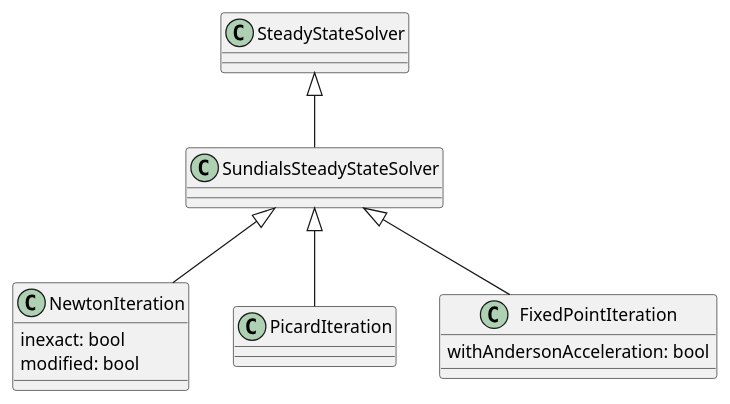
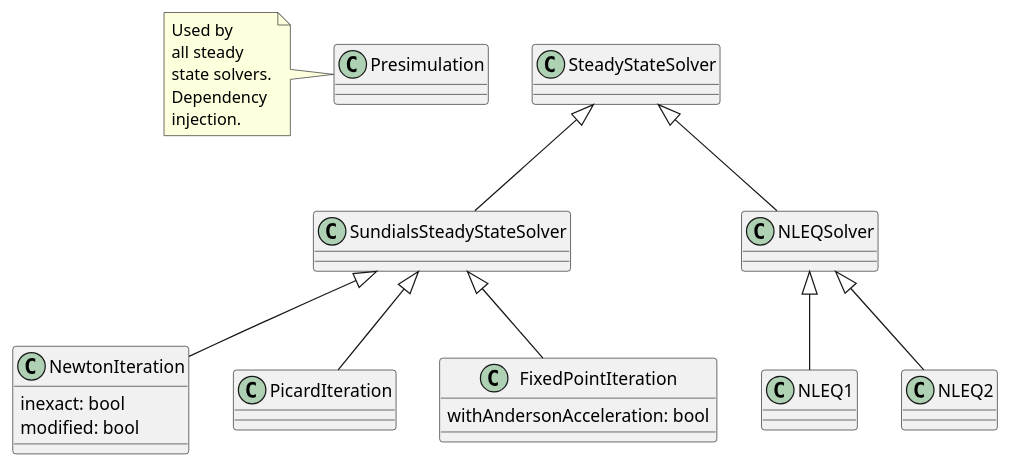
One commit to AndySomogyi/sbmlsolver changed the diagram in design/SundialsSteadyStateSolverDesign.puml. Above: the diagram before and after it, drawn with PlantUML. The commit also changed 16 other files, not shown here.

Commit message:
Moved presimulation option so that it is shared among all ss solvers. Begin jazzing up presimulation

```diff
--- a/design/SundialsSteadyStateSolverDesign.puml
+++ b/design/SundialsSteadyStateSolverDesign.puml
@@ -1,37 +1,56 @@
 @startuml
 'https://plantuml.com/class-diagram
 
 
 class SteadyStateSolver
 
 class SundialsSteadyStateSolver
 
 SteadyStateSolver <|-- SundialsSteadyStateSolver
+
+class NLEQSolver
+
+SteadyStateSolver <|-- NLEQSolver
+
+class NLEQ1
+
+class NLEQ2
+
+NLEQSolver <|-- NLEQ1
+NLEQSolver <|-- NLEQ2
 
 class NewtonIteration {
     inexact: bool
     modified: bool
 }
 
 class PicardIteration
 
 class FixedPointIteration {
     withAndersonAcceleration: bool
 }
 
 SundialsSteadyStateSolver <|-- NewtonIteration
 SundialsSteadyStateSolver <|-- PicardIteration
 SundialsSteadyStateSolver <|-- FixedPointIteration
 
 
+class Presimulation
 
+note left of Presimulation{
+    Used by
+    all steady
+    state solvers.
+    Dependency
+    injection.
+}
 
 
 
 
 
 
 
 
 
 @enduml
```
